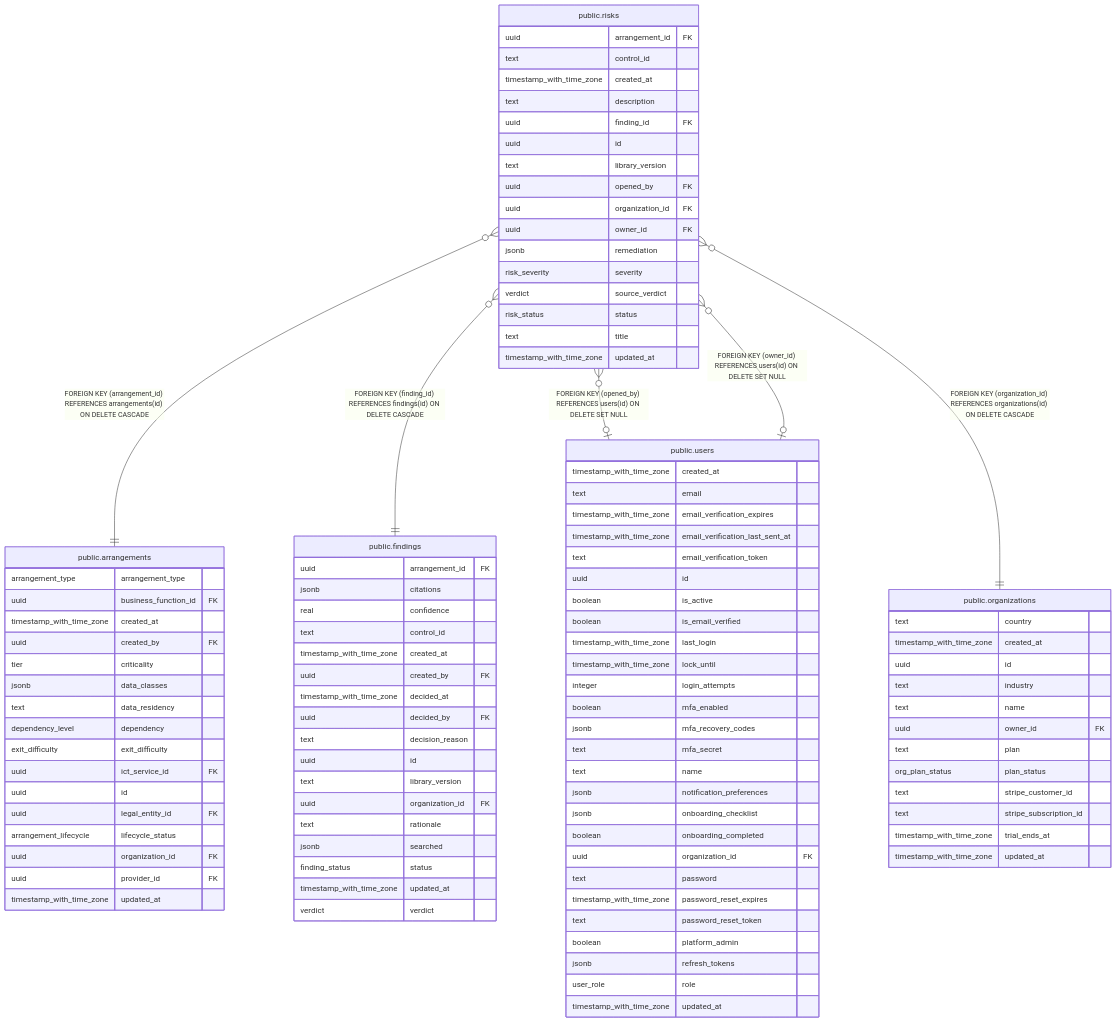
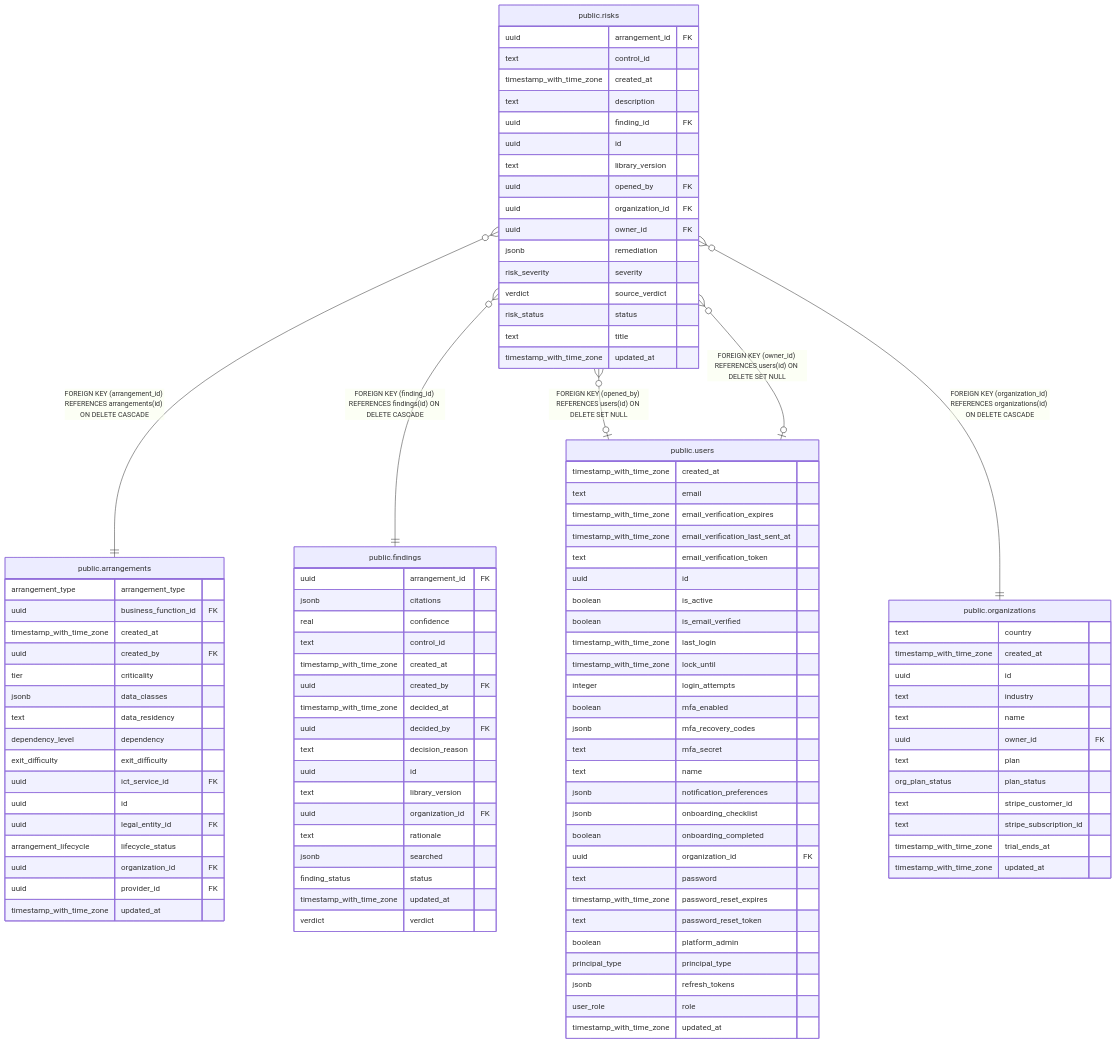
One commit to andrelair-platform/retrieva-backend changed the diagram in docs/data-model/public.risks.md. Above: the diagram before and after it, drawn with Mermaid. The commit also changed 37 other files, not shown here.

```diff
--- a/docs/data-model/public.risks.md
+++ b/docs/data-model/public.risks.md
@@ -132,6 +132,7 @@
   timestamp_with_time_zone password_reset_expires
   text password_reset_token
   boolean platform_admin
+  principal_type principal_type
   jsonb refresh_tokens
   user_role role
   timestamp_with_time_zone updated_at
```
